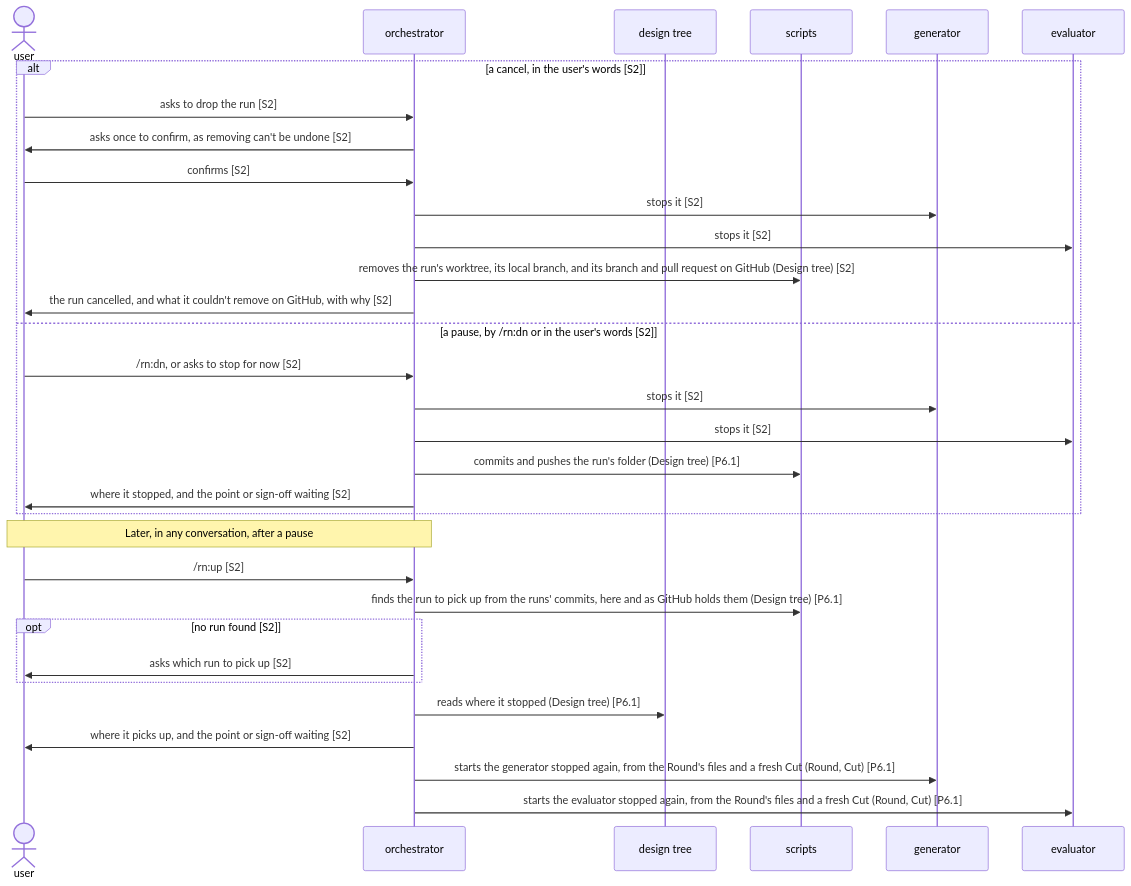
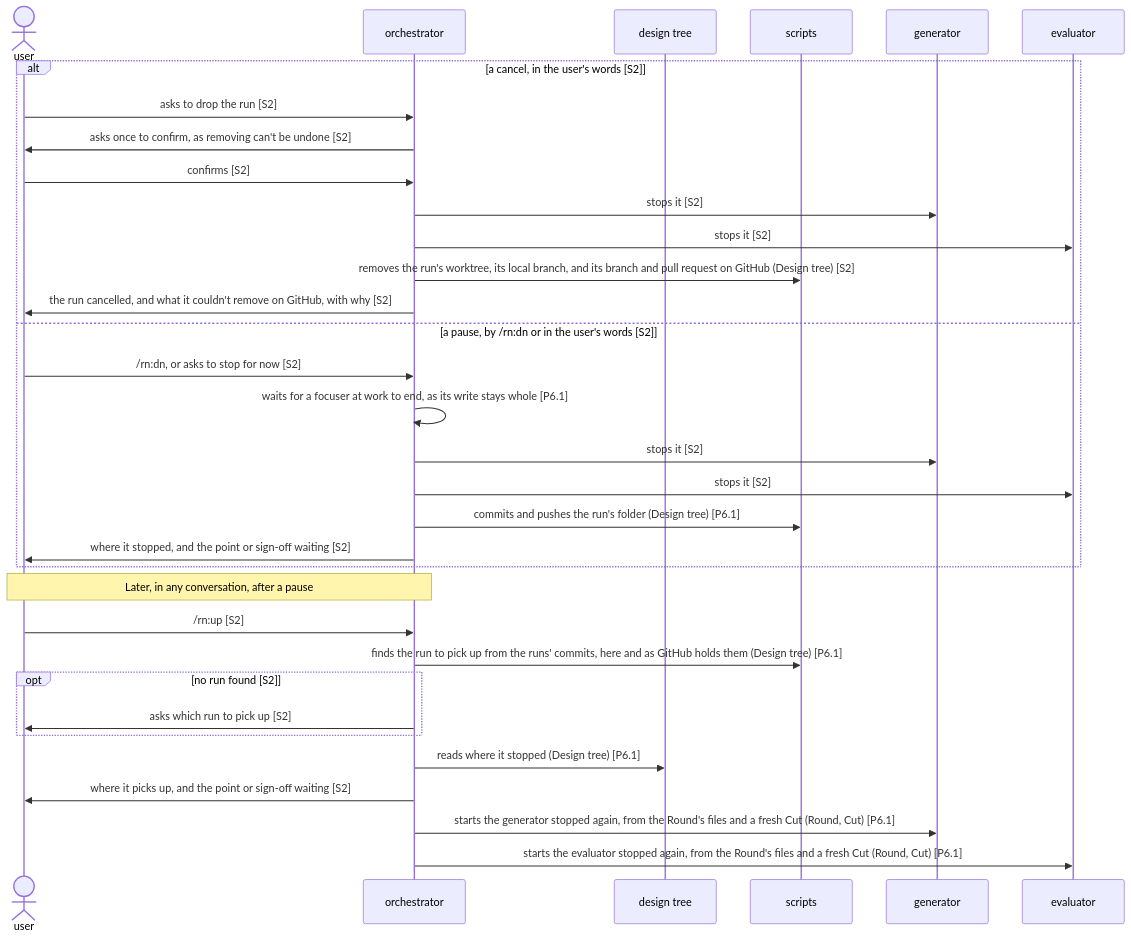
One commit to lovaizu/ccpm changed the second of 2 diagrams in dev/rn/architecture.md. Above: the diagram before and after it, drawn with Mermaid. The commit also changed other lines of this file and 2 other files, not shown here.

````diff
--- a/dev/rn/architecture.md
+++ b/dev/rn/architecture.md
@@ -236,34 +281,35 @@
 ```mermaid
 sequenceDiagram
   actor U as user
   participant O as orchestrator
   participant T as design tree
   participant S as scripts
   participant G as generator
   participant E as evaluator
   alt a cancel, in the user's words [S2]
     U->>O: asks to drop the run [S2]
     O->>U: asks once to confirm, as removing can't be undone [S2]
     U->>O: confirms [S2]
     O->>G: stops it [S2]
     O->>E: stops it [S2]
     O->>S: removes the run's worktree, its local branch, and its branch and pull request on GitHub (Design tree) [S2]
     O->>U: the run cancelled, and what it couldn't remove on GitHub, with why [S2]
   else a pause, by /rn:dn or in the user's words [S2]
     U->>O: /rn:dn, or asks to stop for now [S2]
+    O->>O: waits for a focuser at work to end, as its write stays whole [P6.1]
     O->>G: stops it [S2]
     O->>E: stops it [S2]
     O->>S: commits and pushes the run's folder (Design tree) [P6.1]
     O->>U: where it stopped, and the point or sign-off waiting [S2]
   end
   Note over U,O: Later, in any conversation, after a pause
   U->>O: /rn:up [S2]
   O->>S: finds the run to pick up from the runs' commits, here and as GitHub holds them (Design tree) [P6.1]
   opt no run found [S2]
     O->>U: asks which run to pick up [S2]
   end
   O->>T: reads where it stopped (Design tree) [P6.1]
   O->>U: where it picks up, and the point or sign-off waiting [S2]
   O->>G: starts the generator stopped again, from the Round's files and a fresh Cut (Round, Cut) [P6.1]
   O->>E: starts the evaluator stopped again, from the Round's files and a fresh Cut (Round, Cut) [P6.1]
 ```
````
